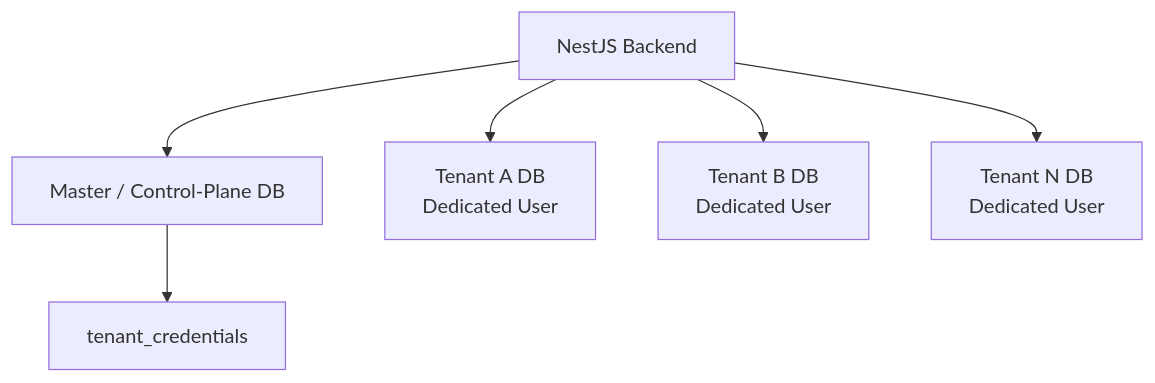
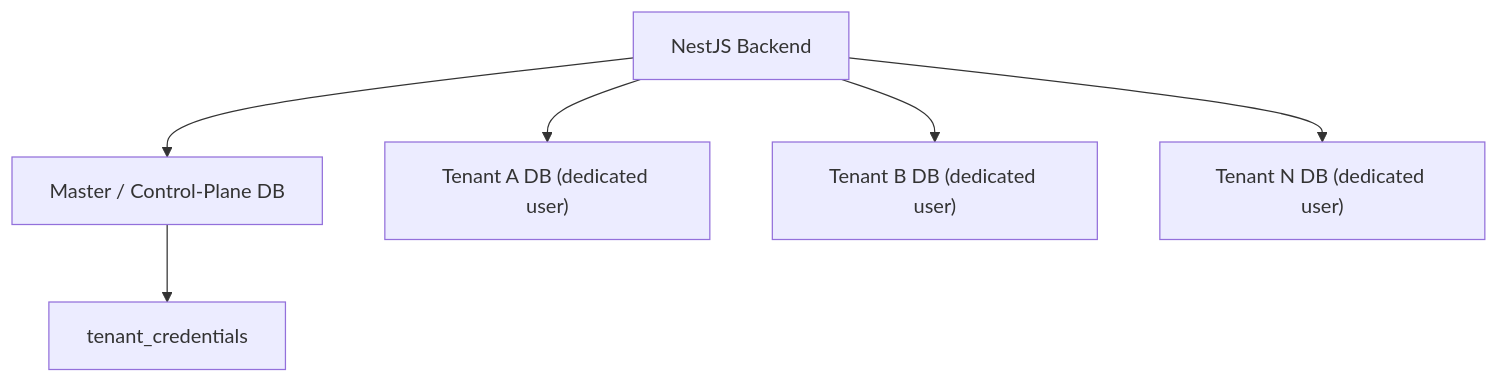
Before and after one commit to hammadqureshi31/innova360-production-engineering: the fifth of 6 diagrams in README.md, drawn with Mermaid. The commit also changed other lines of this file, not shown here.

````diff
--- a/README.md
+++ b/README.md
@@ -673,18 +317,7 @@
 ```mermaid
 flowchart TB
-    App["NestJS Backend"]
-
-    Master["Master / Control-Plane DB"]
-    Registry["tenant_credentials"]
-
-    TenantA["Tenant A DB<br/>Dedicated User"]
-    TenantB["Tenant B DB<br/>Dedicated User"]
-    TenantN["Tenant N DB<br/>Dedicated User"]
-
-    App --> Master
-    Master --> Registry
-
-    App --> TenantA
-    App --> TenantB
-    App --> TenantN
+    App["NestJS Backend"] --> Master["Master / Control-Plane DB"] --> Registry["tenant_credentials"]
+    App --> TenantA["Tenant A DB (dedicated user)"]
+    App --> TenantB["Tenant B DB (dedicated user)"]
+    App --> TenantN["Tenant N DB (dedicated user)"]
 ```
````
